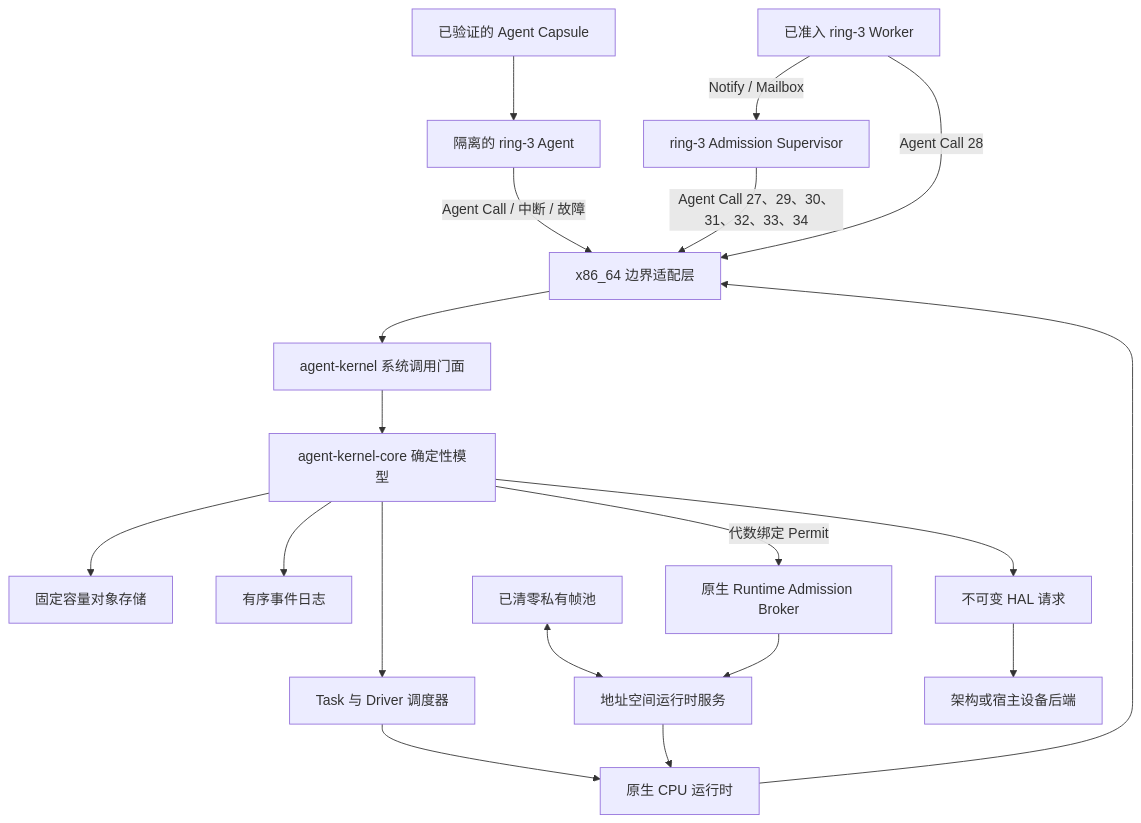
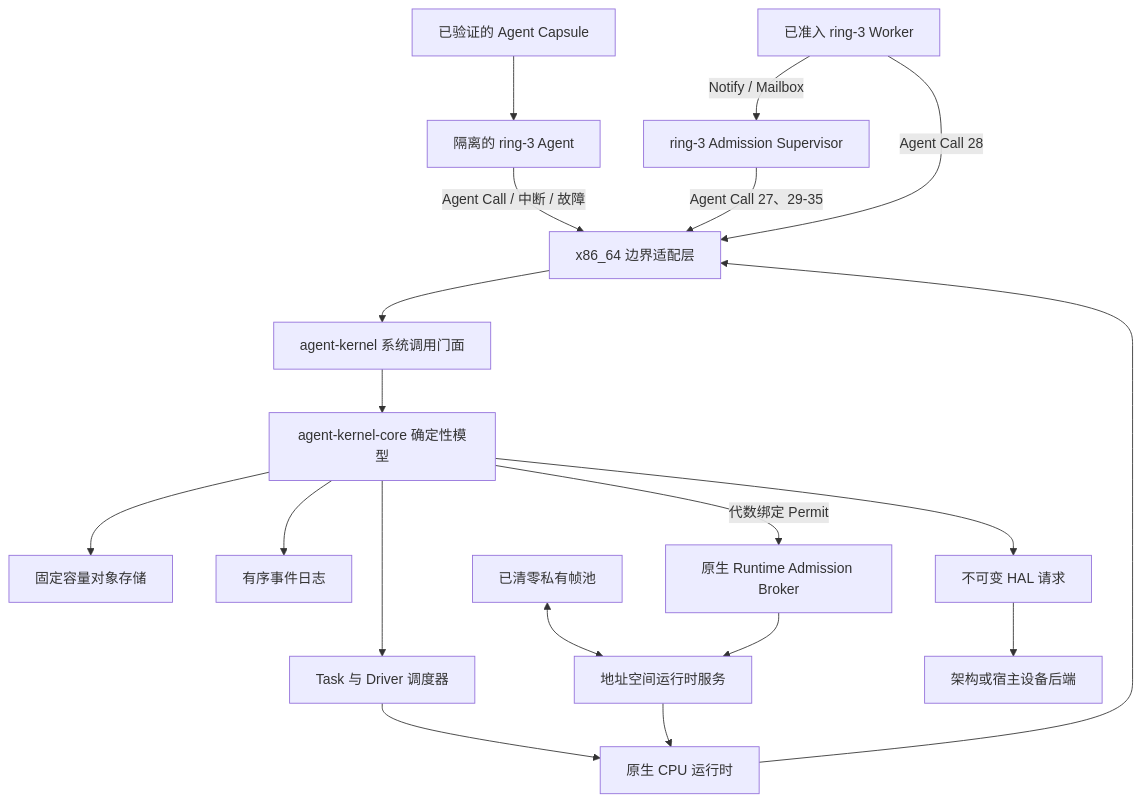
Before and after one commit to Evan-master/agent-kernel: the diagram in README.zh-CN.md, drawn with Mermaid. The commit also changed other lines of this file and 36 other files, not shown here.

````diff
--- a/README.zh-CN.md
+++ b/README.zh-CN.md
@@ -174,21 +188,21 @@
 ```mermaid
 flowchart TB
     Capsule["已验证的 Agent Capsule"] --> Ring3["隔离的 ring-3 Agent"]
     Ring3 -->|"Agent Call / 中断 / 故障"| X86["x86_64 边界适配层"]
     X86 --> Facade["agent-kernel 系统调用门面"]
     Facade --> Core["agent-kernel-core 确定性模型"]
     Core --> Stores["固定容量对象存储"]
     Core --> Events["有序事件日志"]
     Core --> Scheduler["Task 与 Driver 调度器"]
     Scheduler --> Runtime["原生 CPU 运行时"]
     Runtime --> X86
     FramePool["已清零私有帧池"] <--> AddressService["地址空间运行时服务"]
     Broker["原生 Runtime Admission Broker"] --> AddressService
     Core -->|"代数绑定 Permit"| Broker
     AddressService --> Runtime
     Core --> HAL["不可变 HAL 请求"]
     HAL --> Device["架构或宿主设备后端"]
-    Supervisor["ring-3 Admission Supervisor"] -->|"Agent Call 27、29、30、31、32、33、34"| X86
+    Supervisor["ring-3 Admission Supervisor"] -->|"Agent Call 27、29-35"| X86
     Workers["已准入 ring-3 Worker"] -->|"Agent Call 28"| X86
     Workers -->|"Notify / Mailbox"| Supervisor
 ```
````
